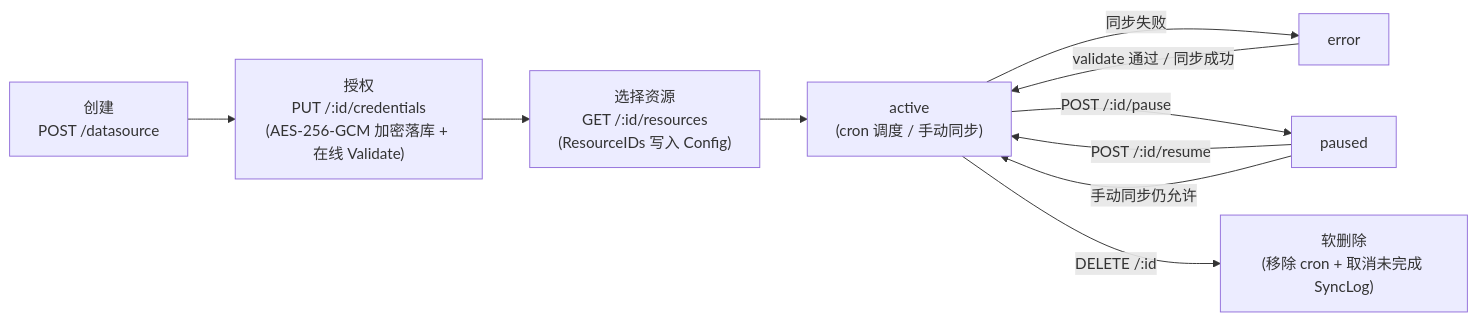
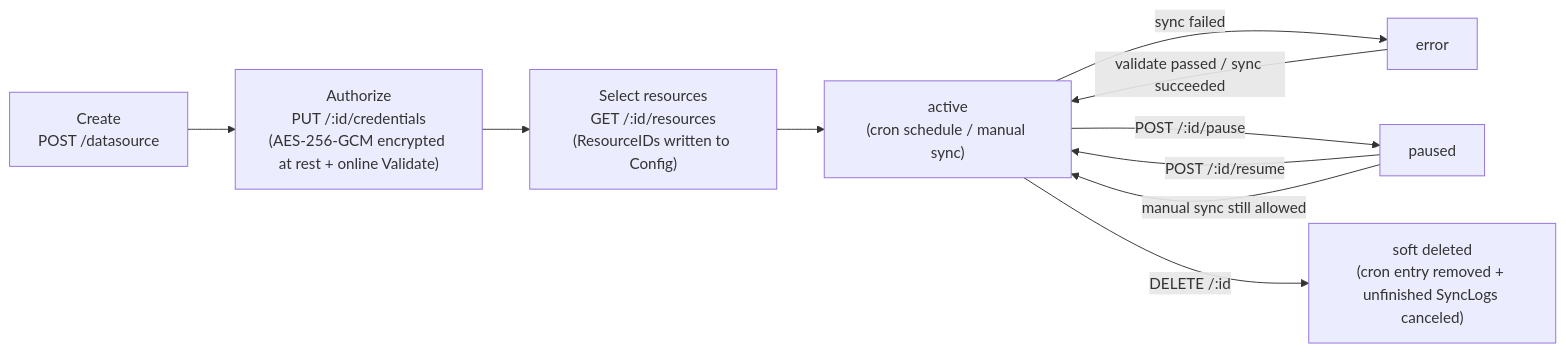
One commit to jrmatherly/ai-kb changed the first of 2 diagrams in website-docs/03-features/10-datasource.md. Above: the diagram before and after it, drawn with Mermaid. The commit also changed other lines of this file and 5 other files, not shown here.

````diff
--- a/website-docs/03-features/10-datasource.md
+++ b/website-docs/03-features/10-datasource.md
@@ -218,12 +226,12 @@
 ```mermaid
 flowchart LR
-    A["创建<br/>POST /datasource"] --> B["授权<br/>PUT /:id/credentials<br/>(AES-256-GCM 加密落库 + 在线 Validate)"]
-    B --> C["选择资源<br/>GET /:id/resources<br/>(ResourceIDs 写入 Config)"]
-    C --> D["active<br/>(cron 调度 / 手动同步)"]
-    D -- "同步失败" --> E["error"]
-    E -- "validate 通过 / 同步成功" --> D
+    A["Create<br/>POST /datasource"] --> B["Authorize<br/>PUT /:id/credentials<br/>(AES-256-GCM encrypted at rest + online Validate)"]
+    B --> C["Select resources<br/>GET /:id/resources<br/>(ResourceIDs written to Config)"]
+    C --> D["active<br/>(cron schedule / manual sync)"]
+    D -- "sync failed" --> E["error"]
+    E -- "validate passed / sync succeeded" --> D
     D -- "POST /:id/pause" --> F["paused"]
     F -- "POST /:id/resume" --> D
-    F -- "手动同步仍允许" --> D
-    D -- "DELETE /:id" --> G["软删除<br/>(移除 cron + 取消未完成 SyncLog)"]
+    F -- "manual sync still allowed" --> D
+    D -- "DELETE /:id" --> G["soft deleted<br/>(cron entry removed + unfinished SyncLogs canceled)"]
 ```
````
